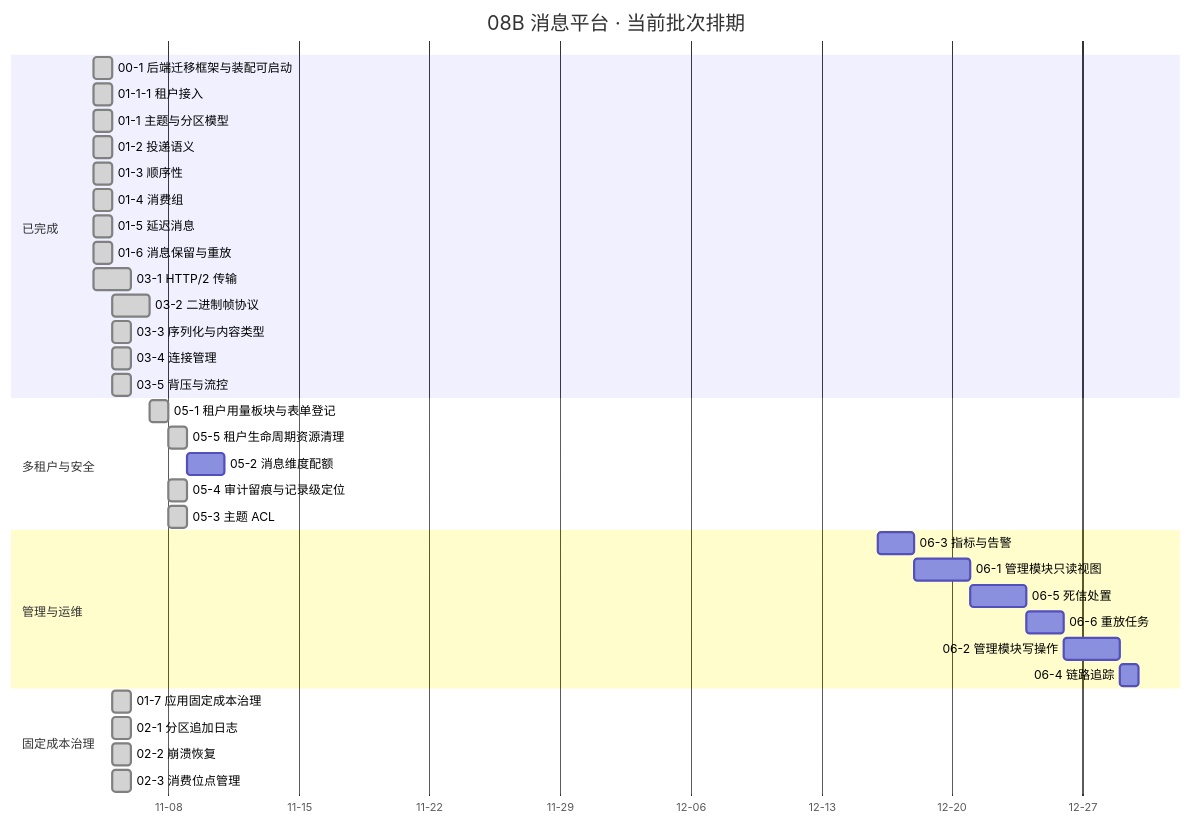
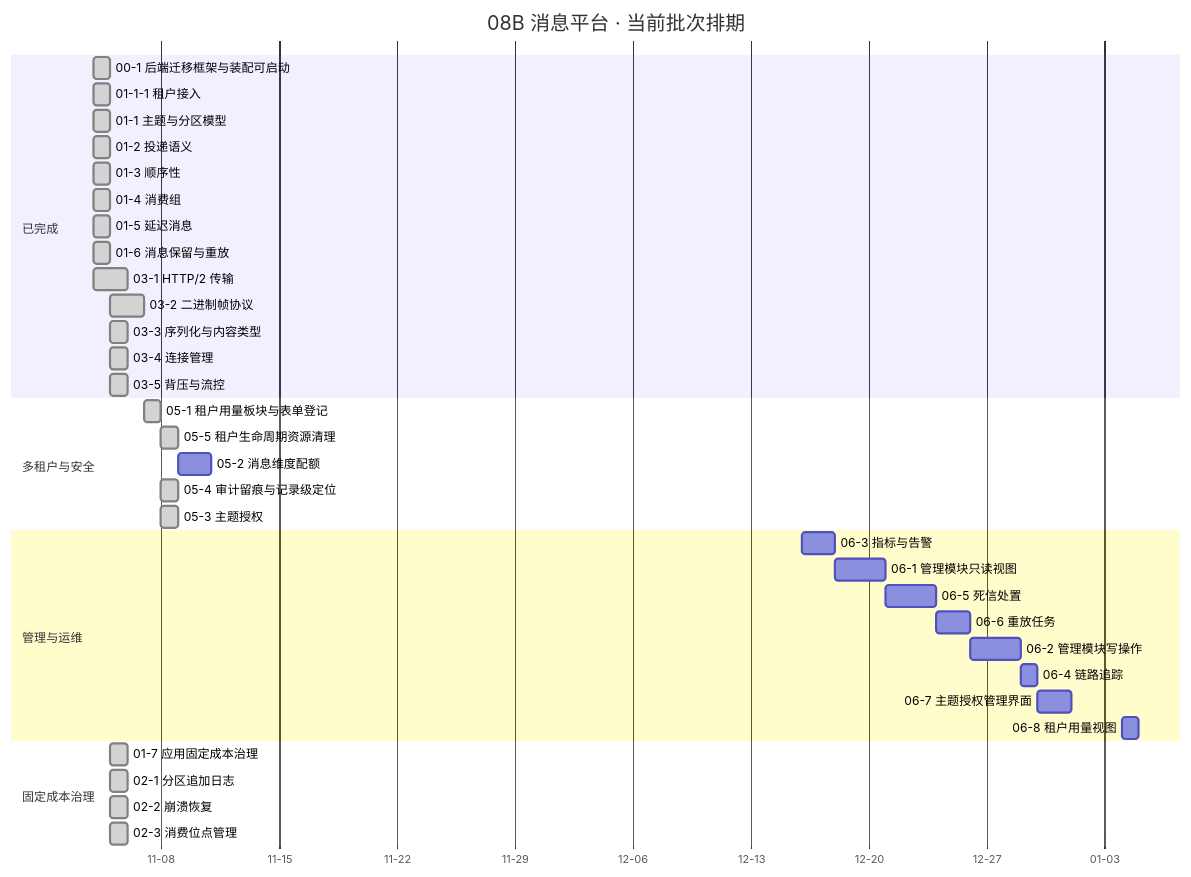
One commit to minjian123/message-platform changed the diagram in msg文档/项目/08B_消息平台/计划/01_计划_消息平台.md. Above: the diagram before and after it, drawn with Mermaid. The commit also changed other lines of this file and 135 other files, not shown here.

````diff
--- a/msg文档/项目/08B_消息平台/计划/01_计划_消息平台.md
+++ b/msg文档/项目/08B_消息平台/计划/01_计划_消息平台.md
@@ -89,39 +91,41 @@
 ```mermaid
 gantt
     title 08B 消息平台 · 当前批次排期
-    %% 任务域 02：02-7 已交付（2026-11-05）、02-4/02-5 搁置（待 8B_05）；任务域 04：04-1 ~ 04-7 全部已交付不入甘特；任务域 06：06-3 ~ 06-4 自 2026-12-16 起连续排
+    %% 任务域 02：02-7 已交付（2026-11-05）、02-4/02-5 搁置（待 8B_05）；任务域 04：04-1 ~ 04-7 全部已交付不入甘特；任务域 06：06-3 ~ 06-8 自 2026-12-16 起连续排（06-8 跨元旦至 2027-01-04）
     dateFormat YYYY-MM-DD
     axisFormat %m-%d
     section 已完成
     00-1 后端迁移框架与装配可启动 :done, d001, 2026-11-04, 1d
     01-1-1 租户接入 :done, d0111, 2026-11-04, 1d
     01-1 主题与分区模型 :done, t011, 2026-11-04, 1d
     01-2 投递语义 :done, t012, 2026-11-04, 1d
     01-3 顺序性 :done, t013, 2026-11-04, 1d
     01-4 消费组 :done, t014, 2026-11-04, 1d
     01-5 延迟消息 :done, t015, 2026-11-04, 1d
     01-6 消息保留与重放 :done, t016, 2026-11-04, 1d
     03-1 HTTP/2 传输 :done, t031, 2026-11-04, 2d
     03-2 二进制帧协议 :done, t032, 2026-11-05, 2d
     03-3 序列化与内容类型 :done, t033, 2026-11-05, 1d
     03-4 连接管理 :done, t034, 2026-11-05, 1d
     03-5 背压与流控 :done, t035, 2026-11-05, 1d
     section 多租户与安全
     05-1 租户用量板块与表单登记 :done, t051, 2026-11-07, 1d
     05-5 租户生命周期资源清理 :done, t055, 2026-11-08, 1d
     05-2 消息维度配额 :t052, after t055, 2d
     05-4 审计留痕与记录级定位 :done, t054, 2026-11-08, 1d
-    05-3 主题 ACL :done, t053, 2026-11-08, 1d
+    05-3 主题授权 :done, t053, 2026-11-08, 1d
     section 管理与运维
     06-3 指标与告警 :t063, 2026-12-16, 2d
     06-1 管理模块只读视图 :t061, after t063, 3d
     06-5 死信处置 :t065, after t061, 3d
     06-6 重放任务 :t066, after t065, 2d
     06-2 管理模块写操作 :t062, after t066, 3d
     06-4 链路追踪 :t064, after t062, 1d
+    06-7 主题授权管理界面 :t067, after t064, 2d
+    06-8 租户用量视图 :t068, 2027-01-04, 1d
     section 固定成本治理
     01-7 应用固定成本治理 :done, t017, 2026-11-05, 1d
     02-1 分区追加日志 :done, t021, 2026-11-05, 1d
     02-2 崩溃恢复 :done, t022, 2026-11-05, 1d
     02-3 消费位点管理 :done, t023, 2026-11-05, 1d
 ```
````
